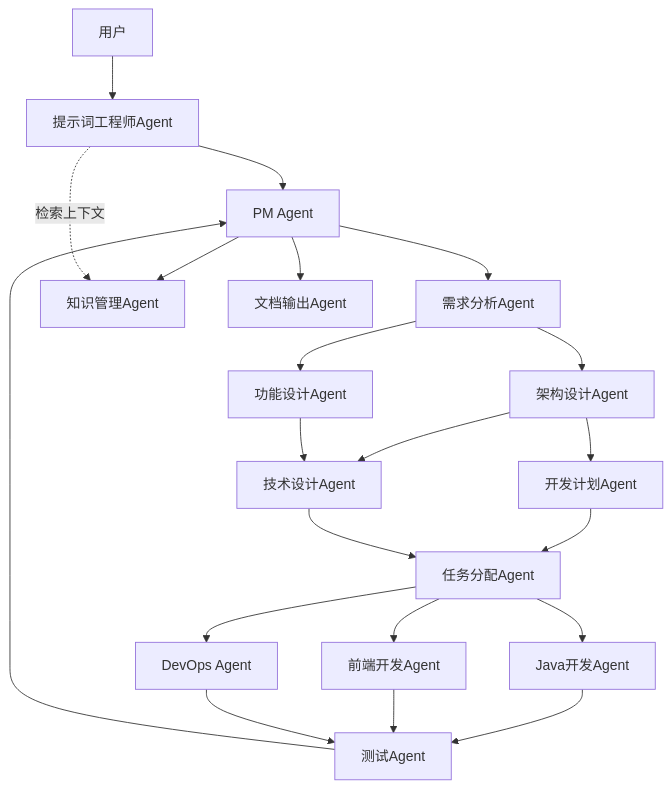
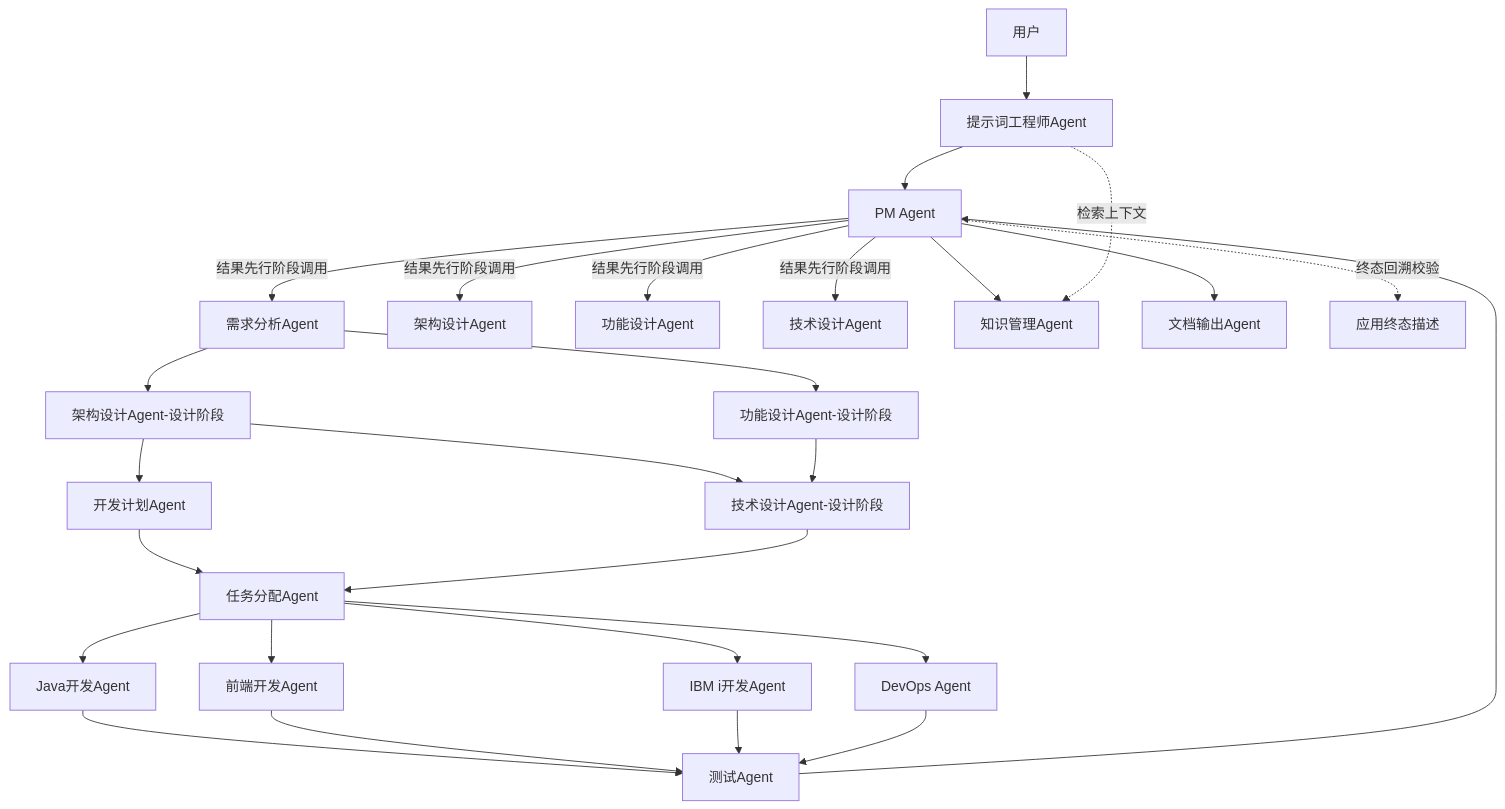
One commit to SoulTam/project-agents changed the diagram in .ai-team/rules/global-rules.md. Above: the diagram before and after it, drawn with Mermaid. The commit also changed other lines of this file and 13 other files, not shown here.

````diff
--- a/.ai-team/rules/global-rules.md
+++ b/.ai-team/rules/global-rules.md
@@ -76,23 +91,29 @@
 ```mermaid
 graph TD
     User[用户] --> PE[提示词工程师Agent]
     PE --> PM[PM Agent]
-    PM --> RA[需求分析Agent]
+    PM -->|结果先行阶段调用| RA[需求分析Agent]
+    PM -->|结果先行阶段调用| AD[架构设计Agent]
+    PM -->|结果先行阶段调用| FD[功能设计Agent]
+    PM -->|结果先行阶段调用| TD[技术设计Agent]
     PM --> KM[知识管理Agent]
-    RA --> AD[架构设计Agent]
-    RA --> FD[功能设计Agent]
-    AD --> TD[技术设计Agent]
-    FD --> TD
-    AD --> DP[开发计划Agent]
+    RA --> AD2[架构设计Agent-设计阶段]
+    RA --> FD2[功能设计Agent-设计阶段]
+    AD2 --> TD2[技术设计Agent-设计阶段]
+    FD2 --> TD2
+    AD2 --> DP[开发计划Agent]
     DP --> TA[任务分配Agent]
-    TD --> TA
+    TD2 --> TA
     TA --> Java[Java开发Agent]
     TA --> FE[前端开发Agent]
+    TA --> IBMI[IBM i开发Agent]
     TA --> DevOps[DevOps Agent]
     Java --> Test[测试Agent]
     FE --> Test
+    IBMI --> Test
     DevOps --> Test
     Test --> PM
     PM --> Doc[文档输出Agent]
     PE -.->|检索上下文| KM
+    PM -.->|终态回溯校验| Result[应用终态描述]
 ```
````
